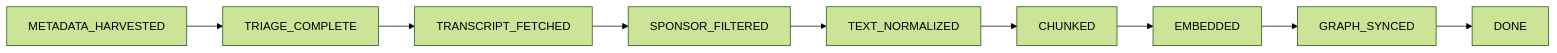
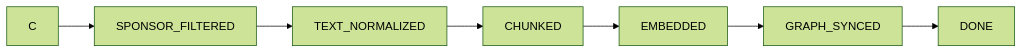
One commit to AmanGarg1999/YTVault changed the seventh of 7 diagrams in Technical_Specification.md. Above: the diagram before and after it, drawn with Mermaid (forest theme). The commit also changed other lines of this file and 10 other files, not shown here.

````diff
--- a/Technical_Specification.md
+++ b/Technical_Specification.md
@@ -845,11 +881,9 @@
 ```mermaid
 flowchart LR
-    A["METADATA_HARVESTED"] --> B["TRIAGE_COMPLETE"]
-    B --> C["TRANSCRIPT_FETCHED"]
     C --> D["SPONSOR_FILTERED"]
     D --> E["TEXT_NORMALIZED"]
     E --> F["CHUNKED"]
     F --> G["EMBEDDED"]
     G --> H["GRAPH_SYNCED"]
     H --> I["DONE"]
 ```
````
